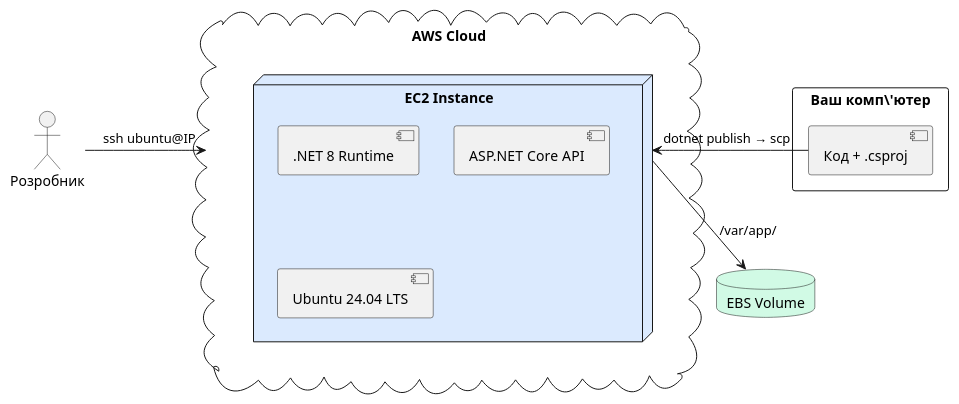
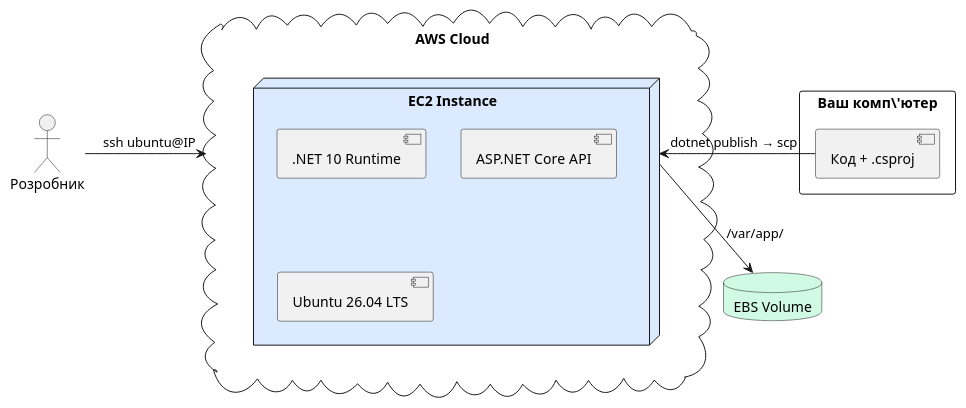
One commit to UTUBMIR/kostyl.dev changed the first of 13 diagrams in content/13.aws/04.ec2.md. Above: the diagram before and after it, drawn with PlantUML. The commit also changed other lines of this file, not shown here.

Commit message:
docs: update EC2 guide for .NET 10 and Ubuntu 26.04 compatibility

````diff
--- a/content/13.aws/04.ec2.md
+++ b/content/13.aws/04.ec2.md
@@ -24,25 +24,25 @@
 ```plantuml
 @startuml
 skinparam style plain
 skinparam backgroundColor #ffffff
 
 actor "Розробник" as Dev
 cloud "AWS Cloud" as AWS {
     node "EC2 Instance" as EC2 #dbeafe {
-        component ".NET 8 Runtime" as dotnet
+        component ".NET 10 Runtime" as dotnet
         component "ASP.NET Core API" as api
-        component "Ubuntu 24.04 LTS" as os
+        component "Ubuntu 26.04 LTS" as os
     }
 }
 
 rectangle "Ваш комп\'ютер" as Local {
     component "Код + .csproj" as Code
 }
 
 database "EBS Volume" as EBS #d1fae5
 
 Dev -right-> AWS : ssh ubuntu@IP
 Code -right-> EC2 : dotnet publish → scp
 EC2 -down-> EBS : /var/app/
 @enduml
 ```
````
